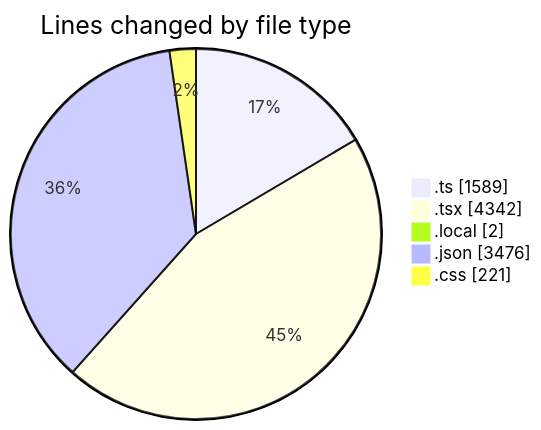
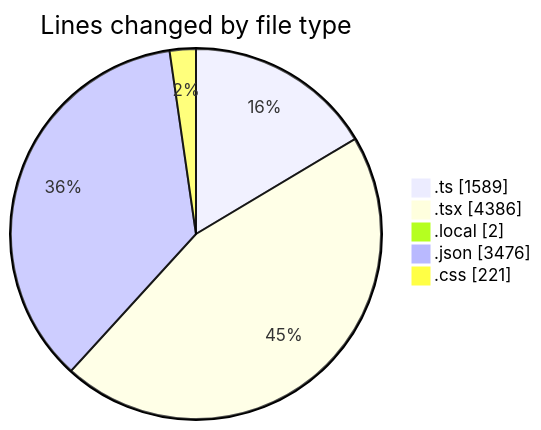
One commit to julien-gomy/code-tracking changed the first of 2 diagrams in 2025-10-28/eventscop-frontend-guide__workspace_/README.md. Above: the diagram before and after it, drawn with Mermaid. The commit also changed other lines of this file and 1 other file, not shown here.

````diff
--- a/2025-10-28/eventscop-frontend-guide__workspace_/README.md
+++ b/2025-10-28/eventscop-frontend-guide__workspace_/README.md
@@ -53,9 +53,9 @@
 ```mermaid
 pie showData
 title Lines changed by file type
 ".ts" : 1589
-".tsx" : 4342
+".tsx" : 4386
 ".local" : 2
 ".json" : 3476
 ".css" : 221
 ```
````
